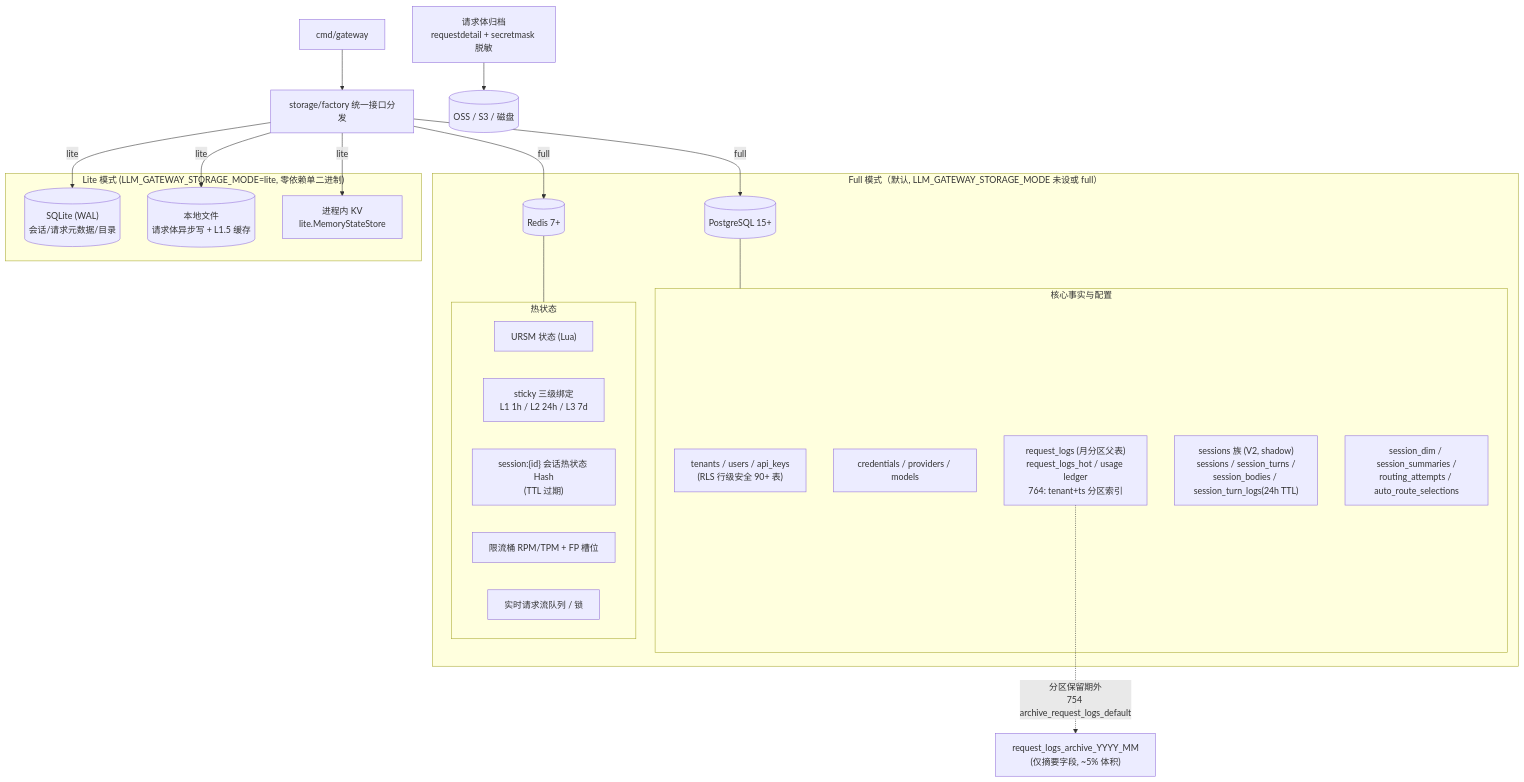
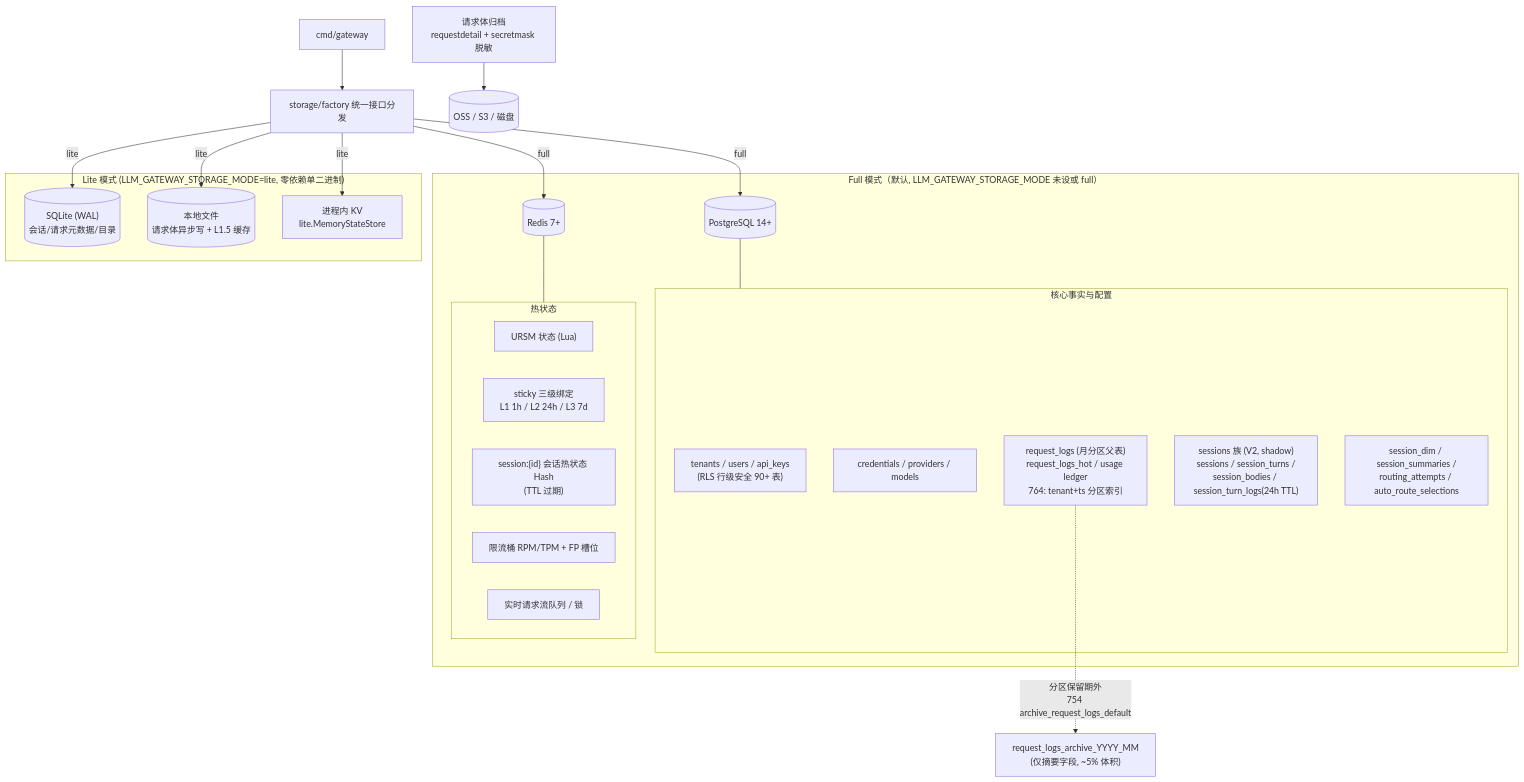
Before and after one commit to halfking/ai-native-gateway-core: the sixth of 9 diagrams in docs/architecture-diagrams.md, drawn with Mermaid. The commit also changed other lines of this file and 1609 other files, not shown here.

````diff
--- a/docs/architecture-diagrams.md
+++ b/docs/architecture-diagrams.md
@@ -251,39 +251,39 @@
 ```mermaid
 graph TB
     subgraph full["Full 模式（默认, LLM_GATEWAY_STORAGE_MODE 未设或 full）"]
-        PGX[("PostgreSQL 15+")]
+        PGX[("PostgreSQL 14+")]
         subgraph pgtables["核心事实与配置"]
             TENANTS["tenants / users / api_keys<br/>(RLS 行级安全 90+ 表)"]
             CREDS["credentials / providers / models"]
             REQLOGS["request_logs (月分区父表)<br/>request_logs_hot / usage ledger<br/>764: tenant+ts 分区索引"]
             SESSPG["sessions 族 (V2, shadow)<br/>sessions / session_turns /<br/>session_bodies / session_turn_logs(24h TTL)"]
             DIMS["session_dim / session_summaries /<br/>routing_attempts / auto_route_selections"]
         end
         PGX --- pgtables
         REDISX[("Redis 7+")]
         subgraph rediskeys["热状态"]
             URSMR["URSM 状态 (Lua)"]
             STICKYR["sticky 三级绑定<br/>L1 1h / L2 24h / L3 7d"]
             SESSR["session:{id} 会话热状态 Hash<br/>(TTL 过期)"]
             LIMITR["限流桶 RPM/TPM + FP 槽位"]
             QUEUES["实时请求流队列 / 锁"]
         end
         REDISX --- rediskeys
     end
 
     subgraph lite["Lite 模式 (LLM_GATEWAY_STORAGE_MODE=lite, 零依赖单二进制)"]
         SQLITE[("SQLite (WAL)<br/>会话/请求元数据/目录")]
         FILES[("本地文件<br/>请求体异步写 + L1.5 缓存")]
         MEMKV["进程内 KV<br/>lite.MemoryStateStore"]
     end
 
     FACT["storage/factory 统一接口分发"] -->|"full"| PGX
     FACT -->|"full"| REDISX
     FACT -->|"lite"| SQLITE
     FACT -->|"lite"| FILES
     FACT -->|"lite"| MEMKV
     GWPROC["cmd/gateway"] --> FACT
 
     ARCH["请求体归档<br/>requestdetail + secretmask 脱敏"] --> OSS[("OSS / S3 / 磁盘")]
     REQLOGS -.->|"分区保留期外<br/>754 archive_request_logs_default"| ARCHT["request_logs_archive_YYYY_MM<br/>(仅摘要字段, ~5% 体积)"]
 ```
````
